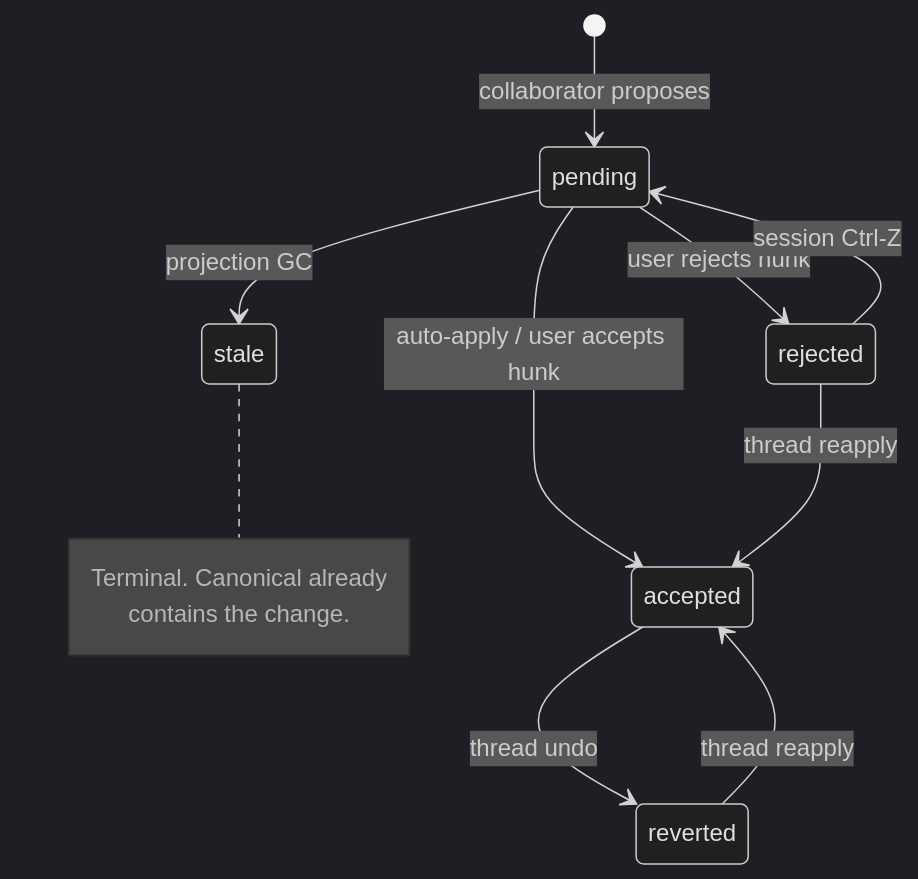
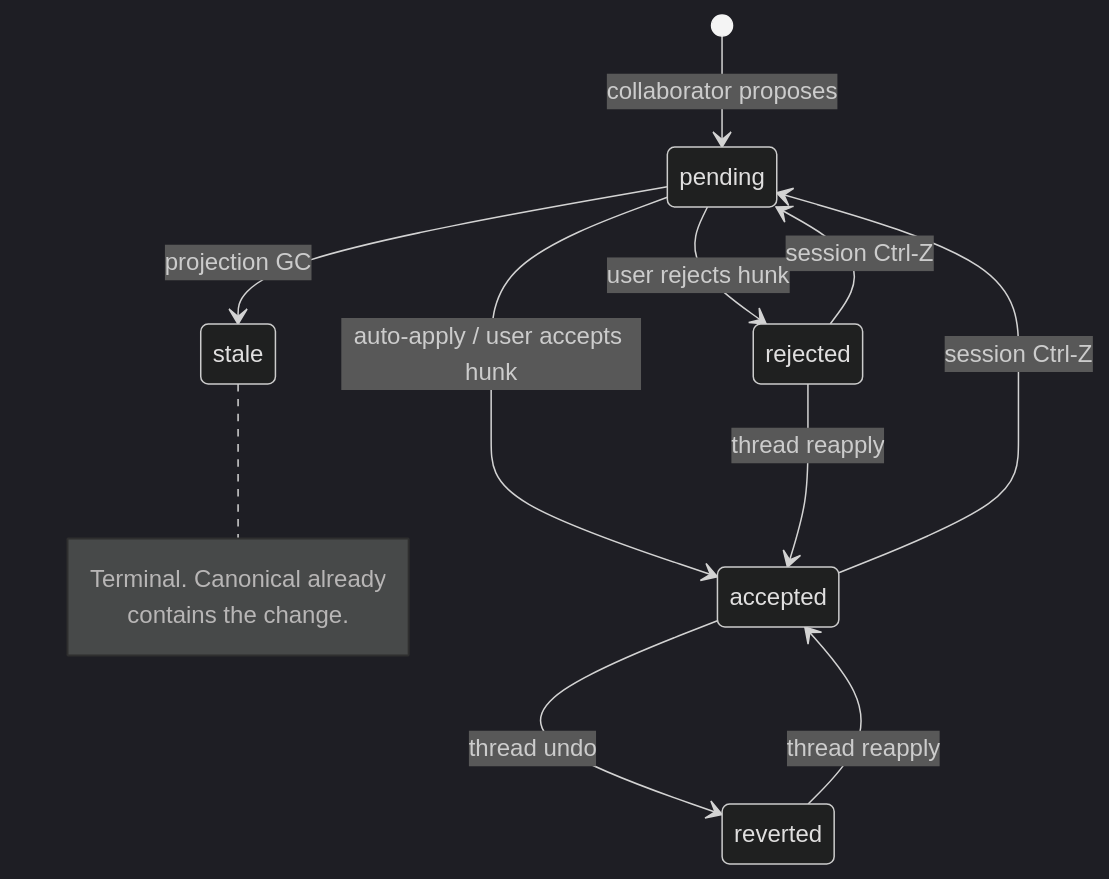
One commit to haowjy/meridian-flow changed the third of 3 diagrams in _docs/plans/collab-data-model-v2/spec/architecture.md. Above: the diagram before and after it, drawn with Mermaid (dark theme). The commit also changed other lines of this file and 6 other files, not shown here.

````diff
--- a/_docs/plans/collab-data-model-v2/spec/architecture.md
+++ b/_docs/plans/collab-data-model-v2/spec/architecture.md
@@ -175,16 +175,17 @@
 ```mermaid
 stateDiagram-v2
     [*] --> pending : collaborator proposes
 
     pending --> accepted : auto-apply / user accepts hunk
     pending --> rejected : user rejects hunk
     pending --> stale : projection GC
 
     accepted --> reverted : thread undo
+    accepted --> pending : session Ctrl-Z
     reverted --> accepted : thread reapply
     rejected --> accepted : thread reapply
 
     rejected --> pending : session Ctrl-Z
 
     note right of stale : Terminal. Canonical already<br/>contains the change.
 ```
````
